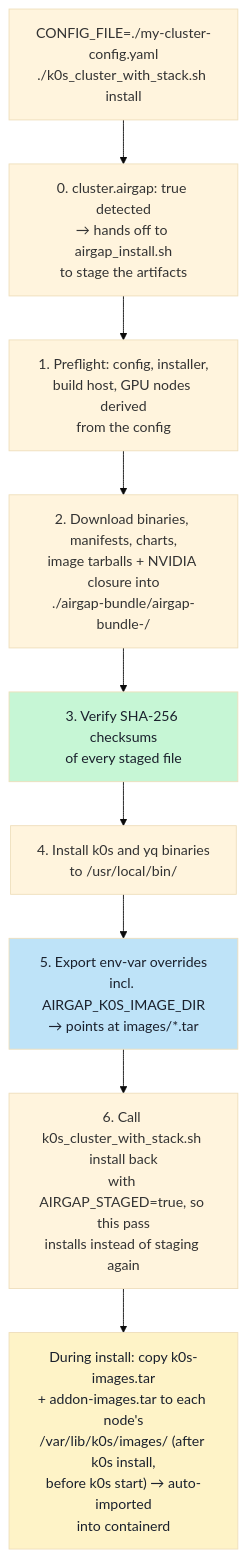
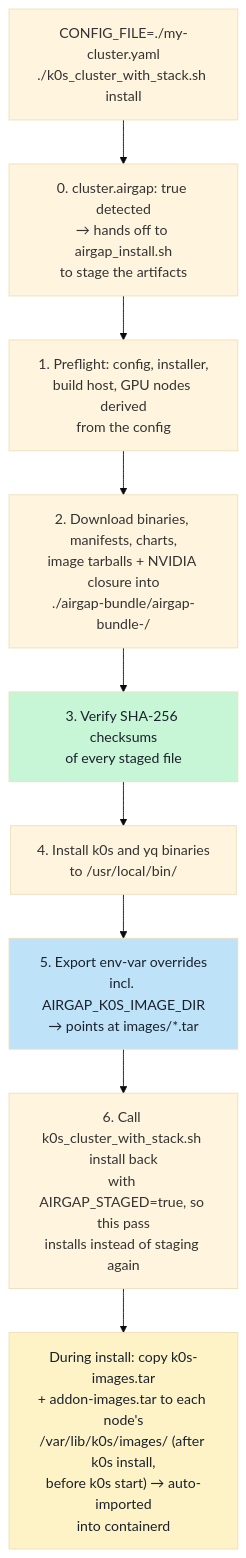
Before and after one commit to splunk/splunk-ai-operator: the eighth of 11 diagrams in tools/cluster_setup/DEPLOYMENT_GUIDE.md, drawn with Mermaid (base theme). The commit also changed other lines of this file and 5 other files, not shown here.

````diff
--- a/tools/cluster_setup/DEPLOYMENT_GUIDE.md
+++ b/tools/cluster_setup/DEPLOYMENT_GUIDE.md
@@ -776,19 +792,19 @@
 ```mermaid
 flowchart TD
-    A["CONFIG_FILE=./my-cluster-config.yaml\n./k0s_cluster_with_stack.sh install"] --> A2
+    A["CONFIG_FILE=./my-cluster.yaml\n./k0s_cluster_with_stack.sh install"] --> A2
 
     A2["0. cluster.airgap: true detected\n→ hands off to airgap_install.sh\nto stage the artifacts"]
     A2 --> B
 
     B["1. Preflight: config, installer,\nbuild host, GPU nodes derived\nfrom the config"]
     B --> C["2. Download binaries, manifests, charts,\nimage tarballs + NVIDIA closure into\n./airgap-bundle/airgap-bundle-<date>/"]
     C --> D["3. Verify SHA-256 checksums\nof every staged file"]
     D --> E["4. Install k0s and yq binaries\nto /usr/local/bin/"]
     E --> F["5. Export env-var overrides\nincl. AIRGAP_K0S_IMAGE_DIR\n→ points at images/*.tar"]
     F --> G["6. Call k0s_cluster_with_stack.sh install back\nwith AIRGAP_STAGED=true, so this pass\ninstalls instead of staging again"]
     G --> H["During install: copy k0s-images.tar\n+ addon-images.tar to each node's\n/var/lib/k0s/images/ (after k0s install,\nbefore k0s start) → auto-imported\ninto containerd"]
 
     style D fill:#c6f6d5,color:#1a202c
     style F fill:#bee3f8,color:#1a202c
     style H fill:#fef3c7,color:#1a202c
 ```
````
